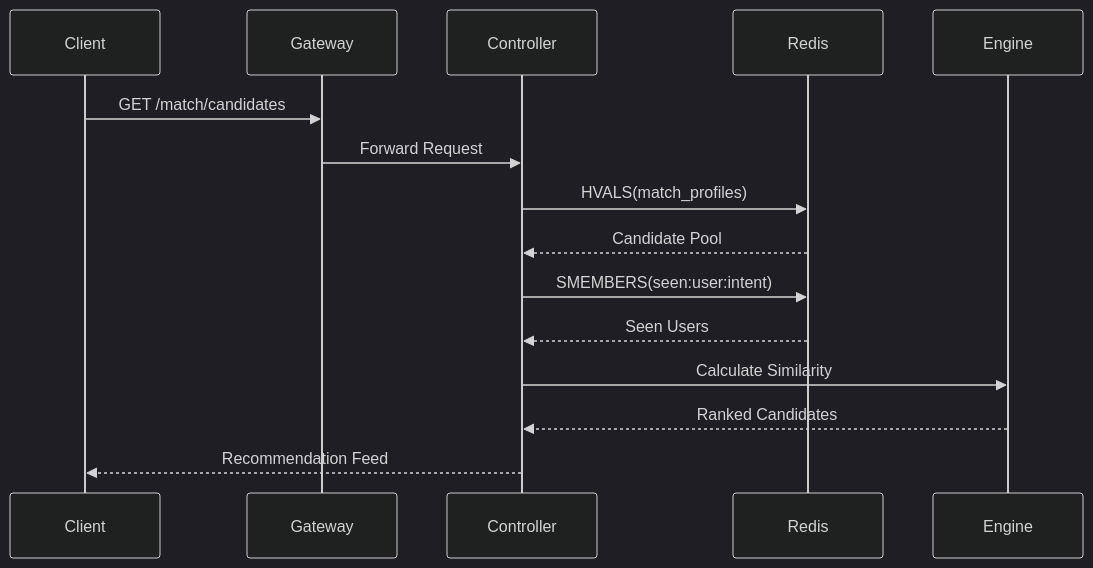
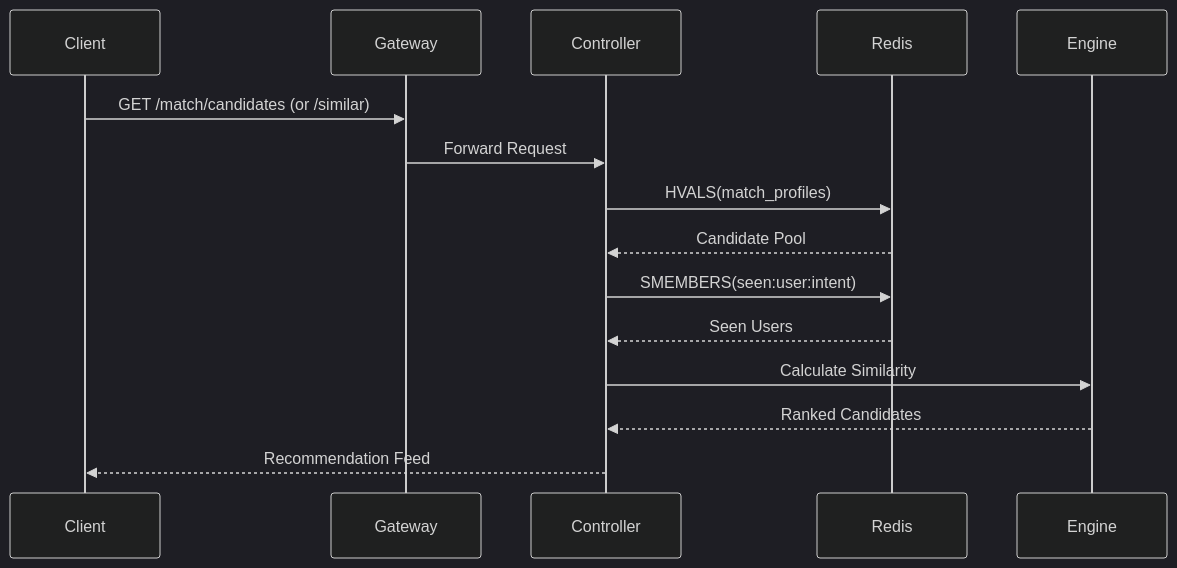
The seventh of 33 diagrams in apps/match-service/Architecture.md (harshh-debug/devmatch), drawn with Mermaid (dark theme) before and after one commit. The commit also changed other lines of this file and 14 other files, not shown here.

````diff
--- a/apps/match-service/Architecture.md
+++ b/apps/match-service/Architecture.md
@@ -661,31 +662,31 @@
 ```mermaid
 sequenceDiagram
 
 participant Client
 
 participant Gateway
 
 participant Controller
 
 participant Redis
 
 participant Engine
 
-Client->>Gateway: GET /match/candidates
+Client->>Gateway: GET /match/candidates (or /similar)
 
 Gateway->>Controller: Forward Request
 
 Controller->>Redis: HVALS(match_profiles)
 
 Redis-->>Controller: Candidate Pool
 
 Controller->>Redis: SMEMBERS(seen:user:intent)
 
 Redis-->>Controller: Seen Users
 
 Controller->>Engine: Calculate Similarity
 
 Engine-->>Controller: Ranked Candidates
 
 Controller-->>Client: Recommendation Feed
 ```
````
